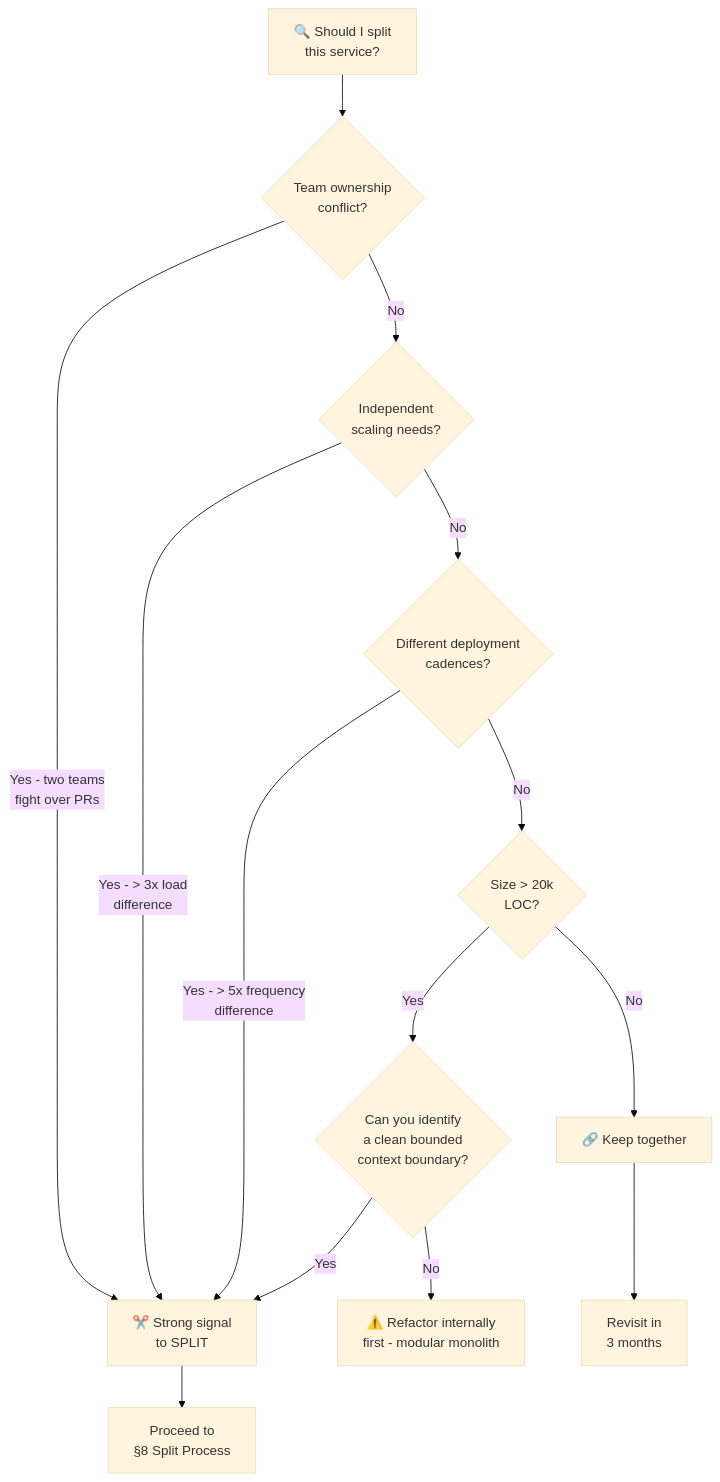
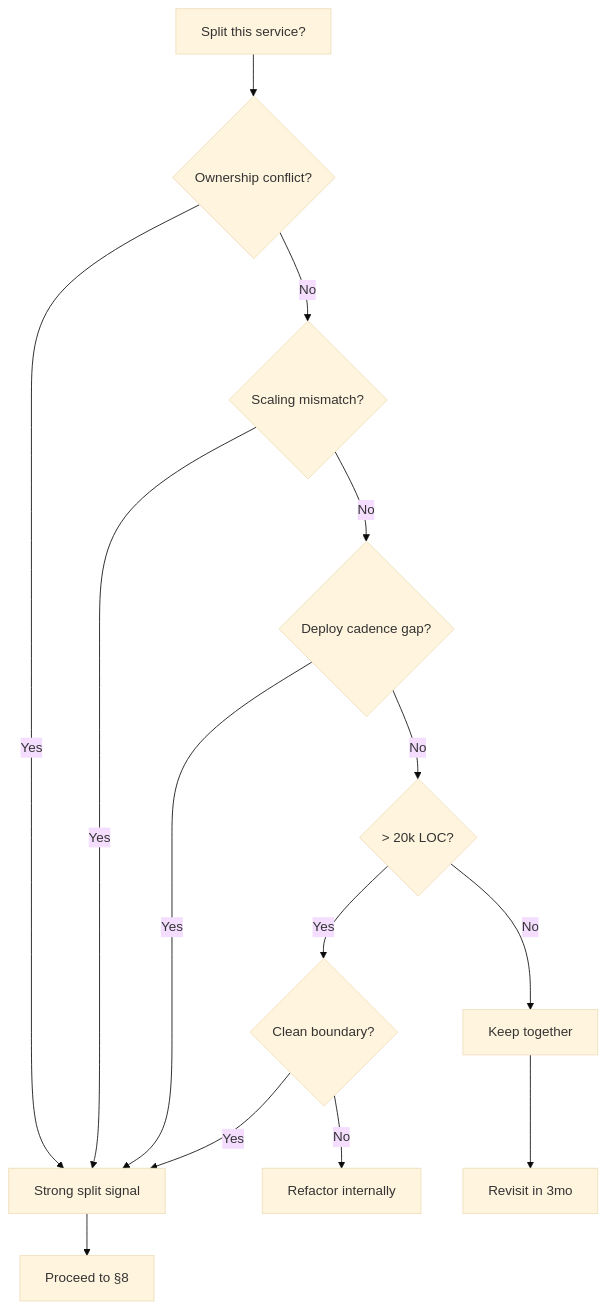
Before and after one commit to rishikeshdhokare/platform-manifesto: the first of 7 diagrams in 02-architecture-and-api/07-service-decomposition.md, drawn with Mermaid (base theme). The commit also changed other lines of this file and 12 other files, not shown here.

First line of the commit message:
fix: refactor Mermaid diagrams for compliance (#135)

````diff
--- a/02-architecture-and-api/07-service-decomposition.md
+++ b/02-architecture-and-api/07-service-decomposition.md
@@ -25,21 +27,16 @@
 ```mermaid
 flowchart TD
-    Start["🔍 Should I split<br/>this service?"] --> A{"Team ownership<br/>conflict?"}
-    A -->|"Yes - two teams<br/>fight over PRs"| Split["✂️ Strong signal<br/>to SPLIT"]
-    A -->|"No"| B{"Independent<br/>scaling needs?"}
-
-    B -->|"Yes - > 3x load<br/>difference"| Split
-    B -->|"No"| C{"Different deployment<br/>cadences?"}
-
-    C -->|"Yes - > 5x frequency<br/>difference"| Split
-    C -->|"No"| D{"Size > 20k<br/>LOC?"}
-
-    D -->|"Yes"| E{"Can you identify<br/>a clean bounded<br/>context boundary?"}
-    D -->|"No"| Keep["🔗 Keep together"]
-
-    E -->|"Yes"| Split
-    E -->|"No"| F["⚠️ Refactor internally<br/>first - modular monolith"]
-
-    Split --> G["Proceed to<br/>§8 Split Process"]
-    Keep --> H["Revisit in<br/>3 months"]
+    start["Split this service?"] --> ownerQ{"Ownership conflict?"}
+    ownerQ -->|"Yes"| split["Strong split signal"]
+    ownerQ -->|"No"| scaleQ{"Scaling mismatch?"}
+    scaleQ -->|"Yes"| split
+    scaleQ -->|"No"| deployQ{"Deploy cadence gap?"}
+    deployQ -->|"Yes"| split
+    deployQ -->|"No"| sizeQ{"> 20k LOC?"}
+    sizeQ -->|"Yes"| boundaryQ{"Clean boundary?"}
+    sizeQ -->|"No"| keep["Keep together"]
+    boundaryQ -->|"Yes"| split
+    boundaryQ -->|"No"| refactor["Refactor internally"]
+    split --> proceed["Proceed to §8"]
+    keep --> revisit["Revisit in 3mo"]
 ```
````
